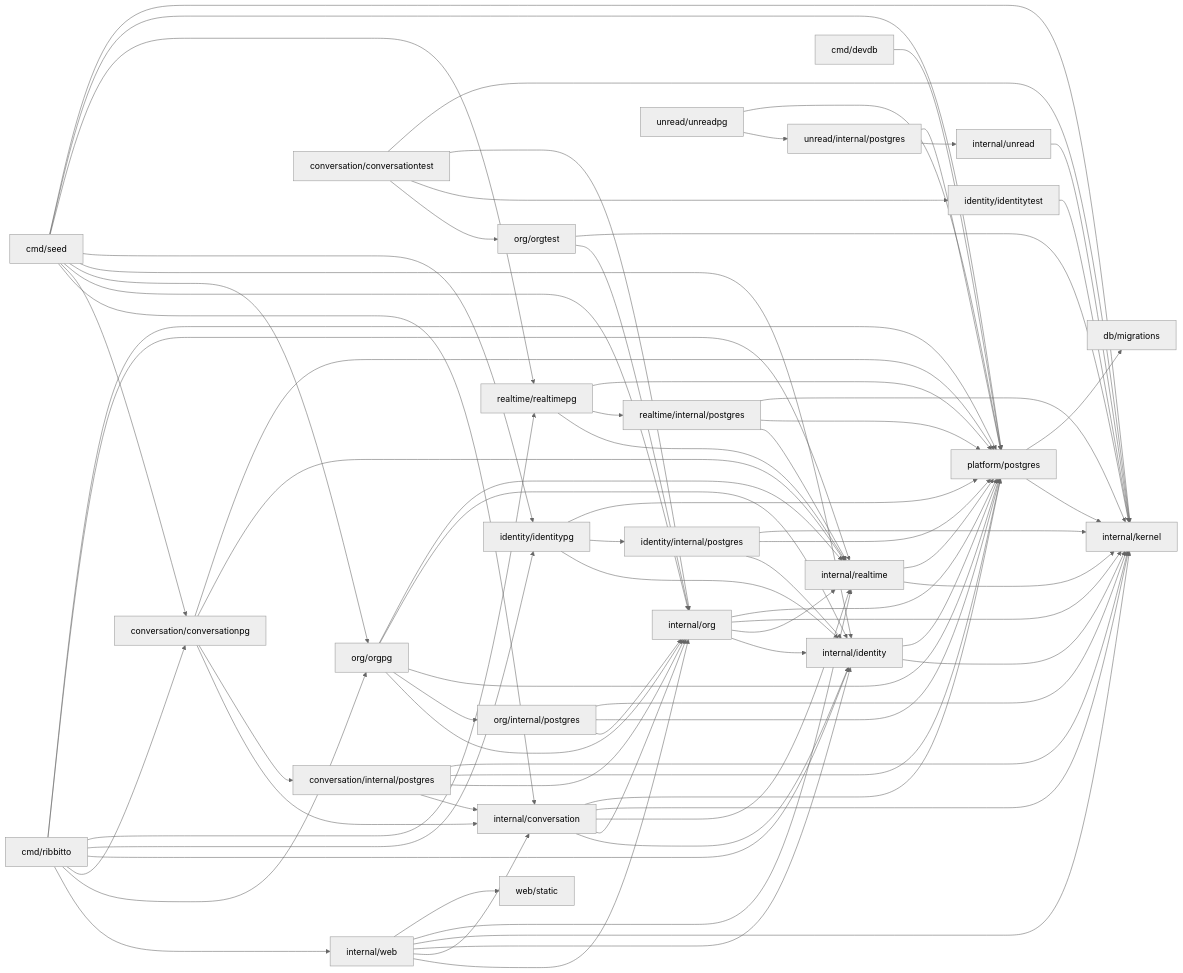
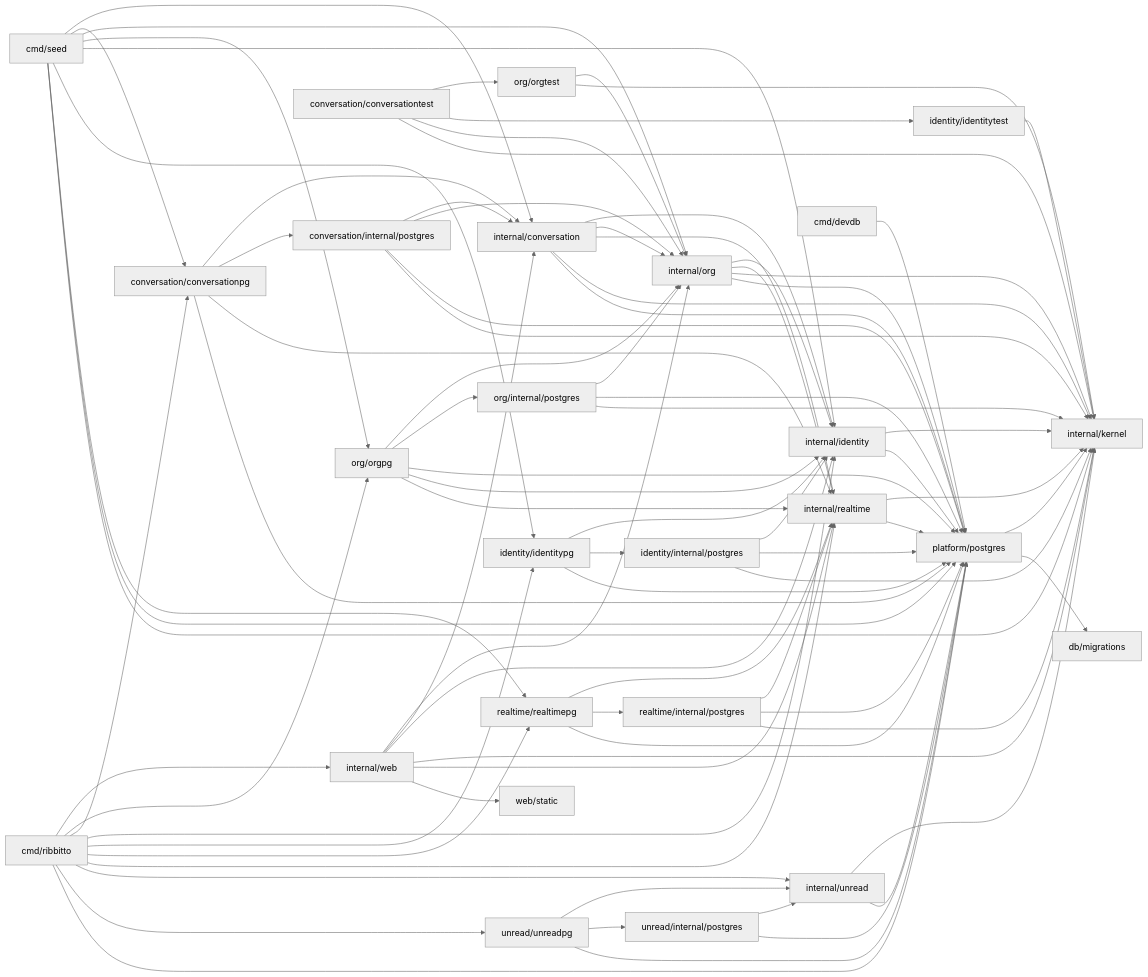
One commit to tkakkie/ribbitto changed the diagram in docs/architecture/packages.md. Above: the diagram before and after it, drawn with Mermaid (neutral theme). The commit also changed other lines of this file and 31 other files, not shown here.

````diff
--- a/docs/architecture/packages.md
+++ b/docs/architecture/packages.md
@@ -43,26 +43,26 @@
 ```mermaid
 flowchart LR
-  cmd[cmd/ribbitto] --> web & orgpg[org/orgpg] & conversationpg[conversation/conversationpg] & identity & identitypg[identity/identitypg] & realtimepg & realtime & platform[platform/postgres]
+  cmd[cmd/ribbitto] --> web & orgpg[org/orgpg] & conversationpg[conversation/conversationpg] & identity & identitypg[identity/identitypg] & realtimepg & realtime & unread & unreadpg & platform[platform/postgres]
   seed[cmd/seed] --> conversation & conversationpg & org & orgpg & identity & identitypg & realtimepg & platform & kernel
   devdb[cmd/devdb] --> platform
   web[internal/web] --> org & conversation & identity & kernel & realtime & static[web/static]
   conversationpg --> conversation[internal/conversation] & cstore[conversation/internal/postgres] & realtime & platform
   conversation --> identity & org & realtime & kernel & platform
   cstore --> conversation & org & platform & kernel
   conversationtest[conversation/conversationtest] --> orgtest[org/orgtest] & identitytest[identity/identitytest] & org & kernel
   orgtest --> org & kernel
   identitytest --> kernel
   realtime[internal/realtime] --> kernel & platform
   realtimepg[realtime/realtimepg] --> realtime & rstore[realtime/internal/postgres] & platform
   rstore --> realtime & platform & kernel
   org[internal/org] --> identity & realtime & kernel & platform
   orgpg --> org & ostore[org/internal/postgres] & platform & identity & realtime
   ostore --> org & platform & kernel
   identity[internal/identity] --> kernel & platform
   identitypg --> identity & store[identity/internal/postgres] & platform
   store --> identity & platform & kernel
-  unread[internal/unread] --> kernel
-  unreadpg[unread/unreadpg] --> ustore[unread/internal/postgres] & platform
+  unread[internal/unread] --> kernel & platform
+  unreadpg[unread/unreadpg] --> unread & ustore[unread/internal/postgres] & platform
   ustore --> unread & platform
   platform --> kernel[internal/kernel] & migrations[db/migrations]
 ```
````
